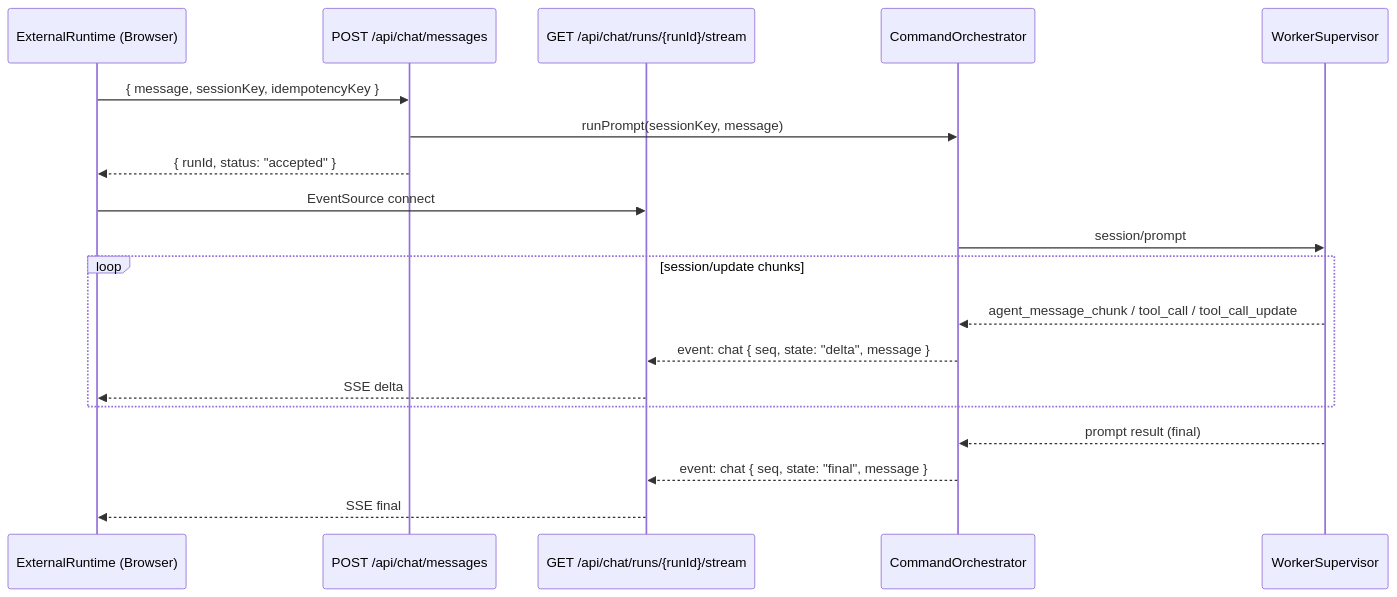
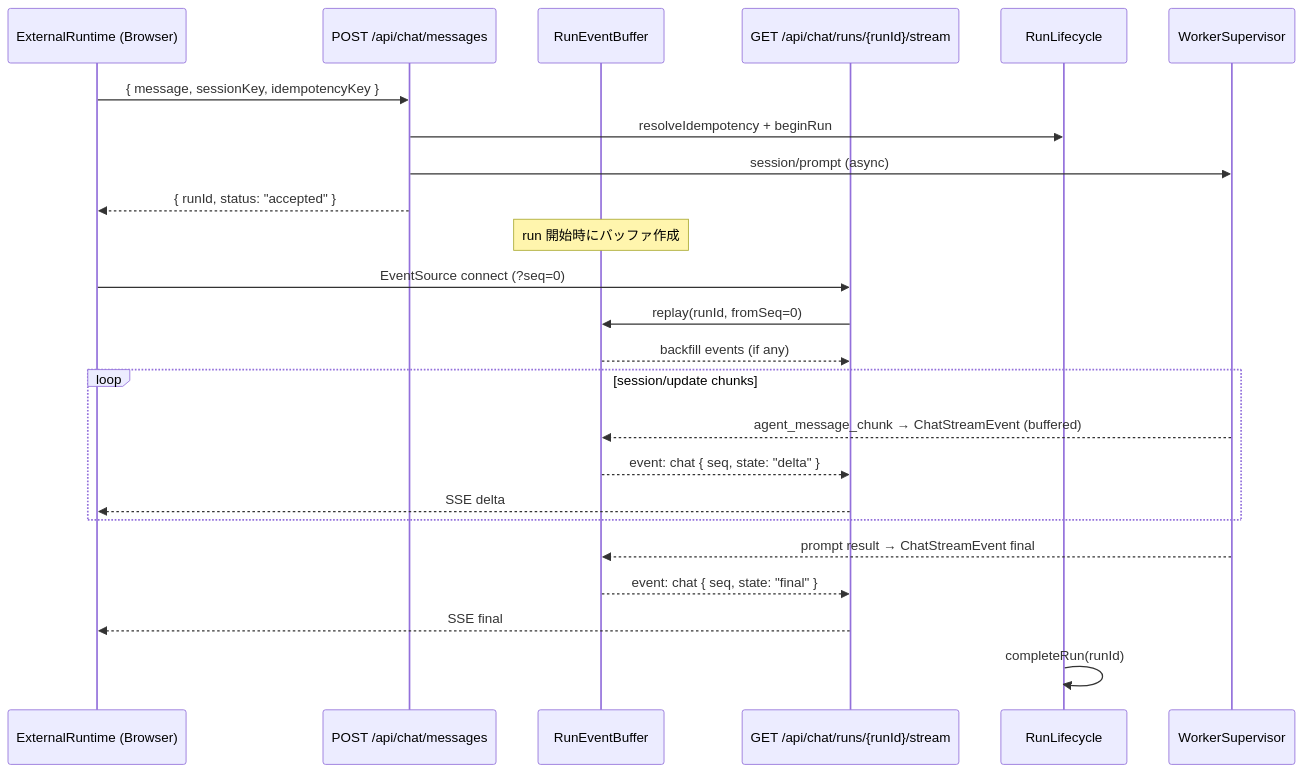
Before and after one commit to masahide/adjutant: the second of 2 diagrams in doc/plan/260301-s02-assistant-ui-thread-chat-migration.md, drawn with Mermaid. The commit also changed other lines of this file and 1 other file, not shown here.

````diff
--- a/doc/plan/260301-s02-assistant-ui-thread-chat-migration.md
+++ b/doc/plan/260301-s02-assistant-ui-thread-chat-migration.md
@@ -489,25 +586,31 @@
 ```mermaid
 sequenceDiagram
   participant UI as ExternalRuntime (Browser)
   participant POST as POST /api/chat/messages
+  participant BUF as RunEventBuffer
   participant SSE as GET /api/chat/runs/{runId}/stream
-  participant ORCH as CommandOrchestrator
+  participant RL as RunLifecycle
   participant ACP as WorkerSupervisor
 
   UI->>POST: { message, sessionKey, idempotencyKey }
-  POST->>ORCH: runPrompt(sessionKey, message)
+  POST->>RL: resolveIdempotency + beginRun
+  POST->>ACP: session/prompt (async)
   POST-->>UI: { runId, status: "accepted" }
 
-  UI->>SSE: EventSource connect
-  ORCH->>ACP: session/prompt
+  Note over BUF: run 開始時にバッファ作成
+
+  UI->>SSE: EventSource connect (?seq=0)
+  SSE->>BUF: replay(runId, fromSeq=0)
+  BUF-->>SSE: backfill events (if any)
 
   loop session/update chunks
-    ACP-->>ORCH: agent_message_chunk / tool_call / tool_call_update
-    ORCH-->>SSE: event: chat { seq, state: "delta", message }
+    ACP-->>BUF: agent_message_chunk → ChatStreamEvent (buffered)
+    BUF-->>SSE: event: chat { seq, state: "delta" }
     SSE-->>UI: SSE delta
   end
 
-  ACP-->>ORCH: prompt result (final)
-  ORCH-->>SSE: event: chat { seq, state: "final", message }
+  ACP-->>BUF: prompt result → ChatStreamEvent final
+  BUF-->>SSE: event: chat { seq, state: "final" }
   SSE-->>UI: SSE final
+  RL->>RL: completeRun(runId)
 ```
````
